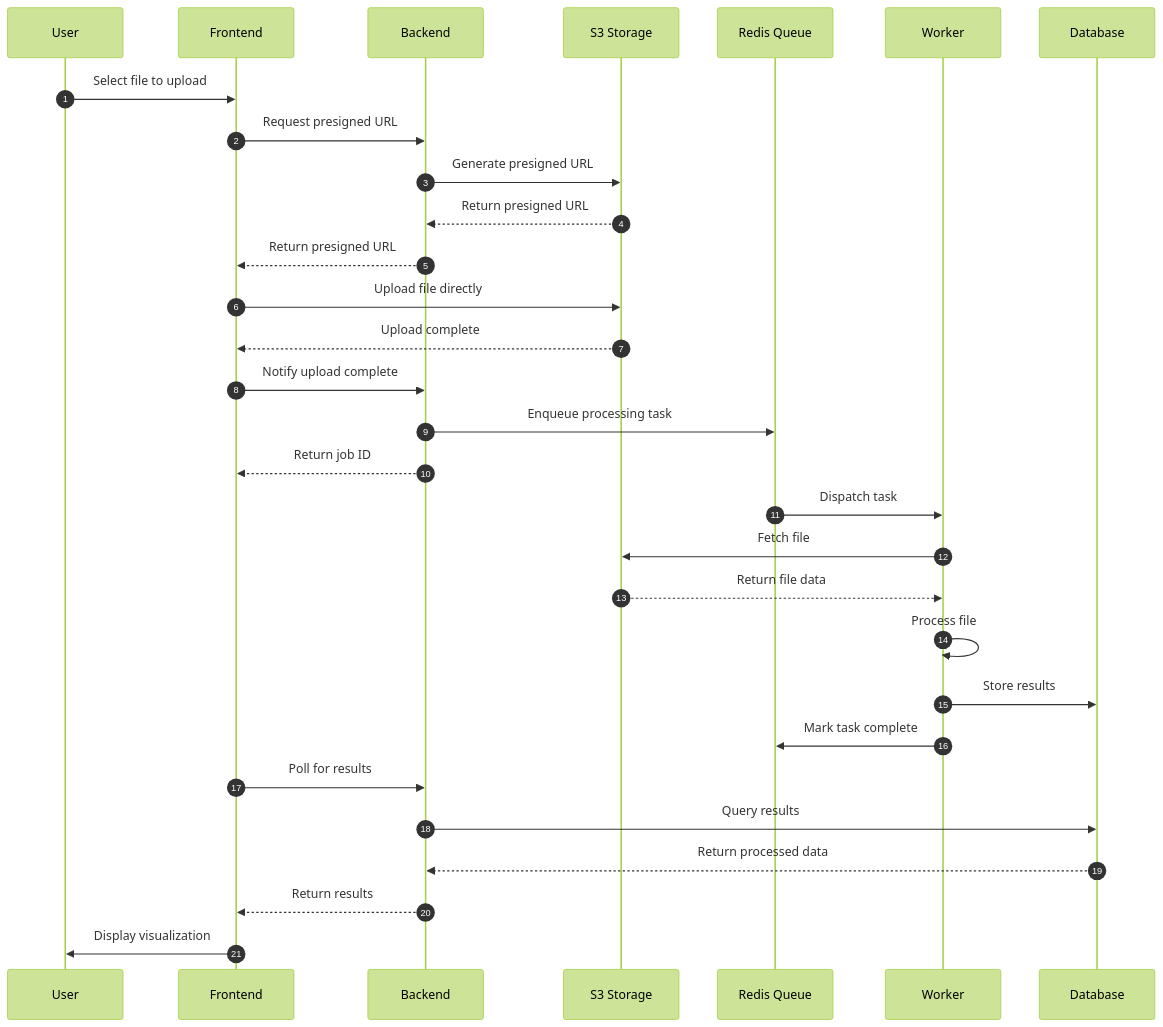
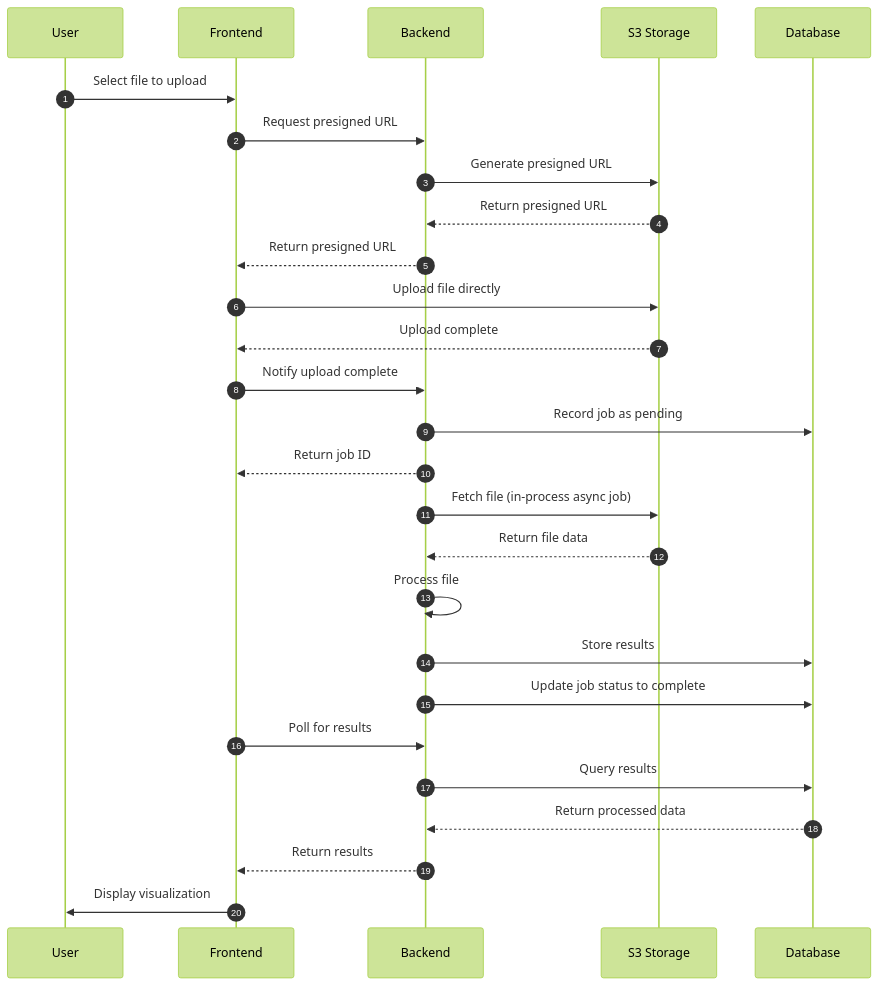
The first of 2 diagrams in docs/src/architecture/10-data-flow.md (EPFL-ENAC/co2-calculator), drawn with Mermaid (forest theme) before and after one commit. The commit also changed other lines of this file and 2 other files, not shown here.

First line of the commit message:
docs(860): remove Redis/Celery nodes from architecture mermaid diagrams

````diff
--- a/docs/src/architecture/10-data-flow.md
+++ b/docs/src/architecture/10-data-flow.md
@@ -8,35 +8,32 @@
 ```mermaid
 sequenceDiagram
     autonumber
     participant User
     participant Frontend
     participant Backend
     participant Storage as S3 Storage
-    participant Queue as Redis Queue
-    participant Worker
     participant DB as Database
 
     User->>Frontend: Select file to upload
     Frontend->>Backend: Request presigned URL
     Backend->>Storage: Generate presigned URL
     Storage-->>Backend: Return presigned URL
     Backend-->>Frontend: Return presigned URL
     Frontend->>Storage: Upload file directly
     Storage-->>Frontend: Upload complete
     Frontend->>Backend: Notify upload complete
-    Backend->>Queue: Enqueue processing task
+    Backend->>DB: Record job as pending
     Backend-->>Frontend: Return job ID
 
-    Queue->>Worker: Dispatch task
-    Worker->>Storage: Fetch file
-    Storage-->>Worker: Return file data
-    Worker->>Worker: Process file
-    Worker->>DB: Store results
-    Worker->>Queue: Mark task complete
+    Backend->>Storage: Fetch file (in-process async job)
+    Storage-->>Backend: Return file data
+    Backend->>Backend: Process file
+    Backend->>DB: Store results
+    Backend->>DB: Update job status to complete
 
     Frontend->>Backend: Poll for results
     Backend->>DB: Query results
     DB-->>Backend: Return processed data
     Backend-->>Frontend: Return results
     Frontend->>User: Display visualization
 ```
````
